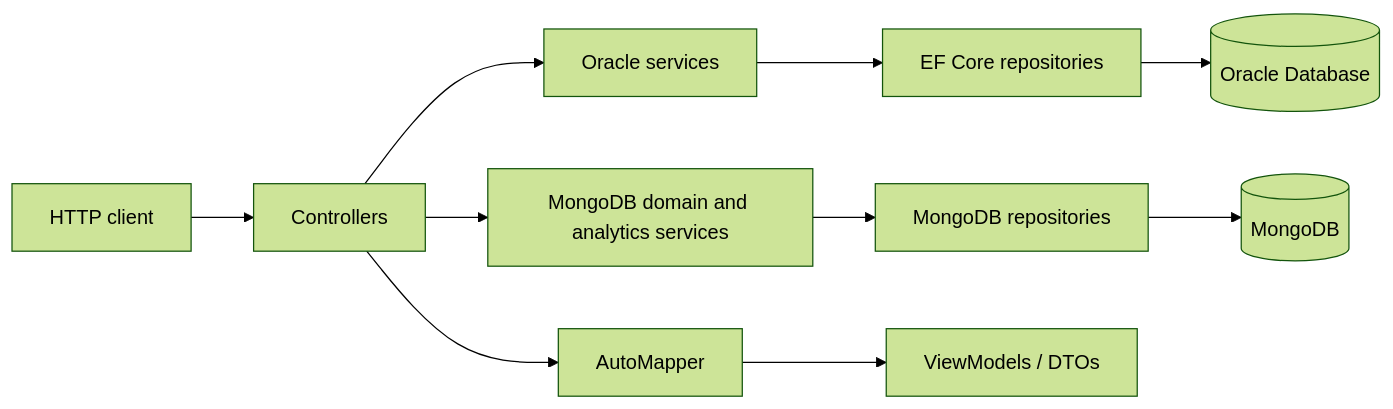
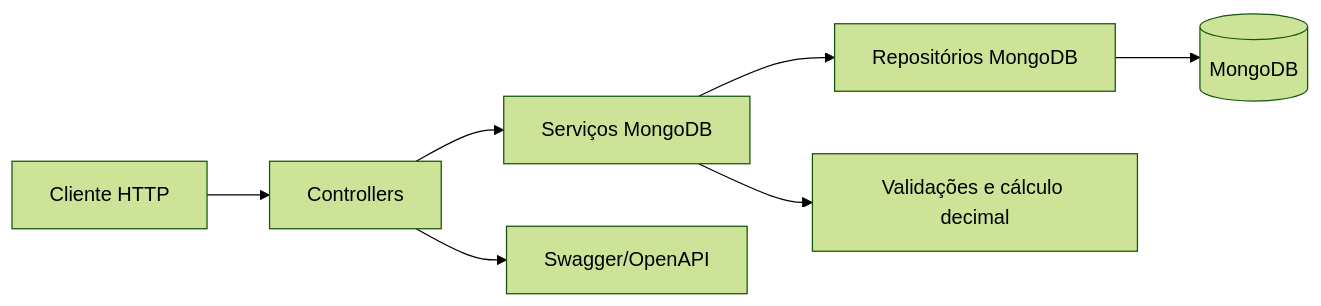
Before and after one commit to guidonunes/Web.Fiap.Carbono: the diagram in README.md, drawn with Mermaid (forest theme). The commit also changed other lines of this file and 1 other file, not shown here.

````diff
--- a/README.md
+++ b/README.md
@@ -52,12 +30,9 @@
-```mermaid
+~~~mermaid
 flowchart LR
-    Client[HTTP client] --> Controller[Controllers]
-    Controller --> OracleService[Oracle services]
-    OracleService --> OracleRepository[EF Core repositories]
-    OracleRepository --> Oracle[(Oracle Database)]
-    Controller --> MongoService[MongoDB domain and analytics services]
-    MongoService --> MongoRepository[MongoDB repositories]
-    MongoRepository --> Mongo[(MongoDB)]
-    Controller --> Mapper[AutoMapper]
-    Mapper --> DTO[ViewModels / DTOs]
-```
+    Cliente[Cliente HTTP] --> Controllers[Controllers]
+    Controllers --> Services[Serviços MongoDB]
+    Services --> Repositories[Repositórios MongoDB]
+    Repositories --> Mongo[(MongoDB)]
+    Services --> Rules[Validações e cálculo decimal]
+    Controllers --> Swagger[Swagger/OpenAPI]
+~~~
````
